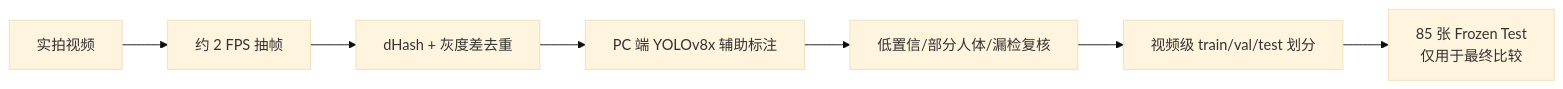
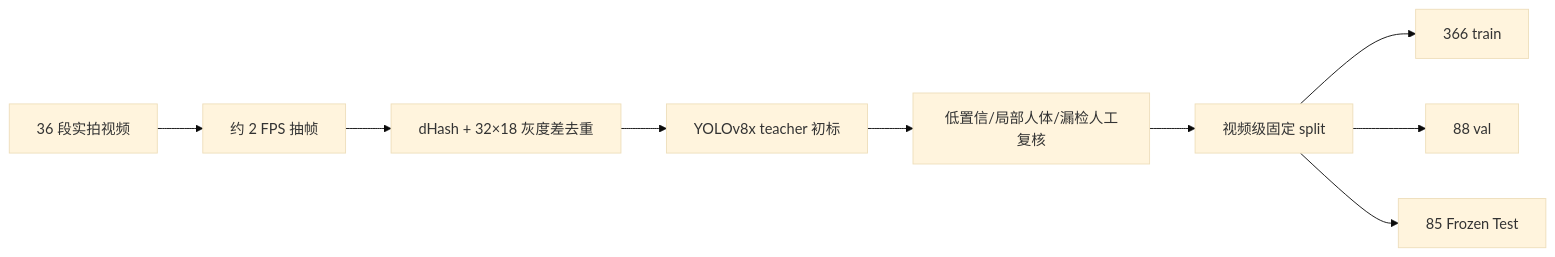
Before and after one commit to Justin-fanfan/Submission_Materials: diagram 13 of 16 in LongPet_产品设计文档.md, drawn with Mermaid (base theme). The commit also changed other lines of this file and 2 other files, not shown here.

````diff
--- a/LongPet_产品设计文档.md
+++ b/LongPet_产品设计文档.md
@@ -687,9 +804,11 @@
 ```mermaid
 flowchart LR
-    A[实拍视频] --> B[约 2 FPS 抽帧]
-    B --> C[dHash + 灰度差去重]
-    C --> D[PC 端 YOLOv8x 辅助标注]
-    D --> E[低置信/部分人体/漏检复核]
-    E --> F[视频级 train/val/test 划分]
-    F --> G[85 张 Frozen Test<br/>仅用于最终比较]
+    A[36 段实拍视频] --> B[约 2 FPS 抽帧]
+    B --> C[dHash + 32×18 灰度差去重]
+    C --> D[YOLOv8x teacher 初标]
+    D --> E[低置信/局部人体/漏检人工复核]
+    E --> F[视频级固定 split]
+    F --> G[366 train]
+    F --> H[88 val]
+    F --> I[85 Frozen Test]
 ```
````
